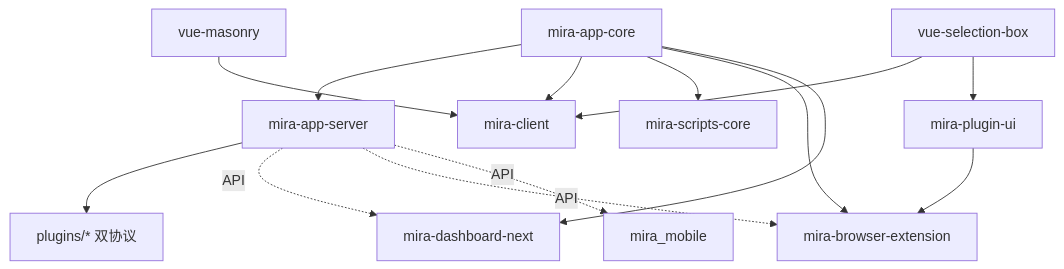
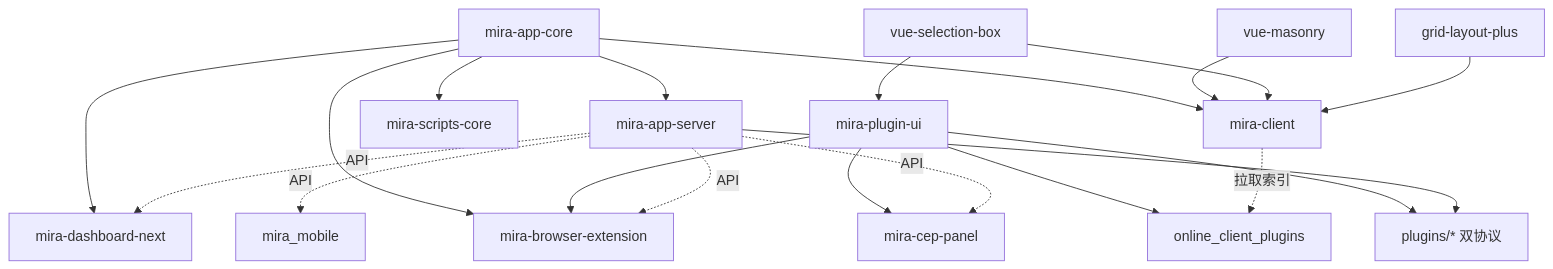
Before and after one commit to hunmer/mira: the diagram in claude/module-index.md, drawn with Mermaid. The commit also changed other lines of this file and 48 other files, not shown here.

````diff
--- a/claude/module-index.md
+++ b/claude/module-index.md
@@ -174,28 +196,37 @@
 ```mermaid
 graph TD
   core[mira-app-core]
   server[mira-app-server]
   client[mira-client]
   dash[mira-dashboard-next]
   ext[mira-browser-extension]
   mobile[mira_mobile]
   scripts[mira-scripts-core]
   vmason[vue-masonry]
   vsel[vue-selection-box]
+  glp[grid-layout-plus]
   pui[mira-plugin-ui]
+  cep[mira-cep-panel]
   plugins[plugins/* 双协议]
+  market[online_client_plugins]
 
   core --> server
   core --> client
   core --> scripts
   core --> ext
   core --> dash
   vmason --> client
   vsel --> client
+  glp --> client
   vsel --> pui
   pui --> ext
+  pui --> cep
+  pui --> plugins
+  pui --> market
   server --> plugins
   server -.API.-> dash
   server -.API.-> ext
   server -.API.-> mobile
+  server -.API.-> cep
+  client -.拉取索引.-> market
 ```
````
